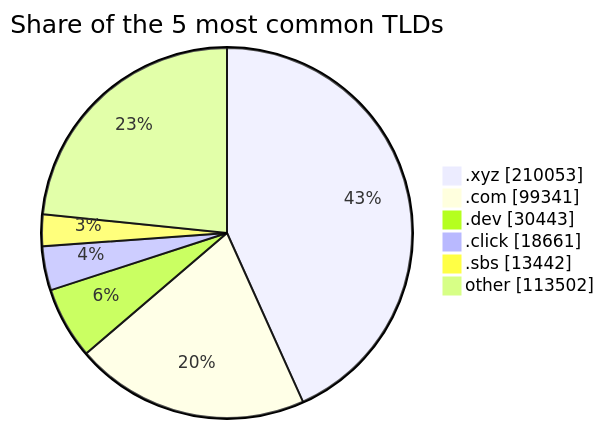
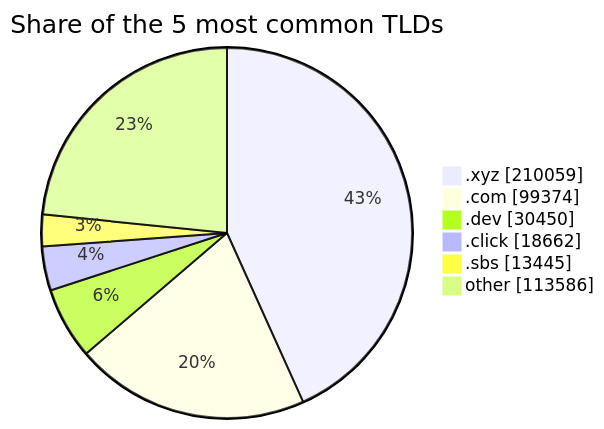
Before and after one commit to DNSBunker/CTI: the third of 3 diagrams in README.md, drawn with Mermaid. The commit also changed other lines of this file and 3 other files, not shown here.

````diff
--- a/README.md
+++ b/README.md
@@ -81,9 +81,9 @@
 ```mermaid
 pie showData title Share of the 5 most common TLDs
-    ".xyz" : 210053
-    ".com" : 99341
-    ".dev" : 30443
-    ".click" : 18661
-    ".sbs" : 13442
-    "other" : 113502
+    ".xyz" : 210059
+    ".com" : 99374
+    ".dev" : 30450
+    ".click" : 18662
+    ".sbs" : 13445
+    "other" : 113586
 ```
````
